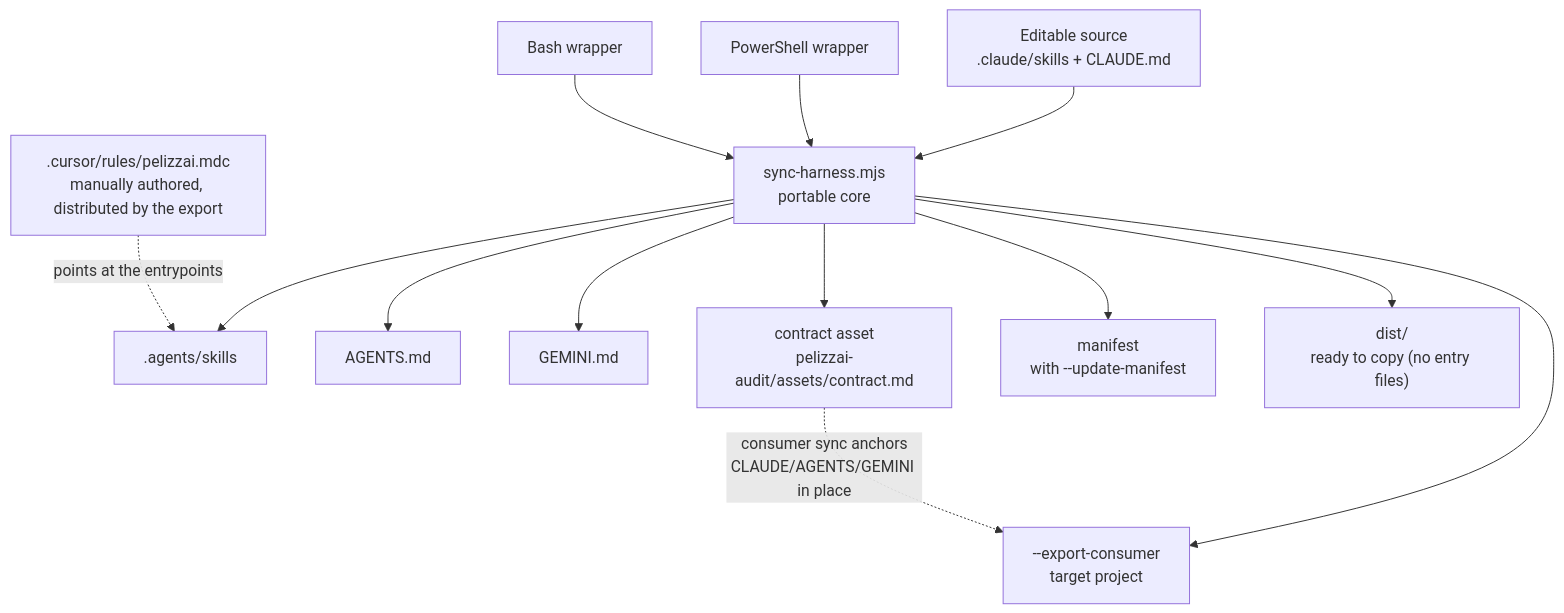
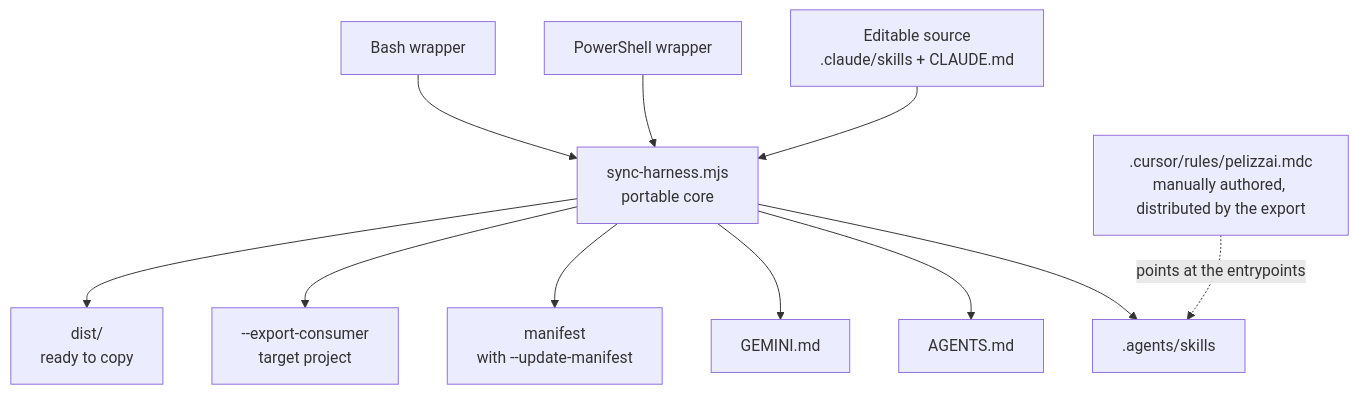
The eighth of 8 diagrams in README.md (rpelizza/PelizzAI), drawn with Mermaid before and after one commit. The commit also changed other lines of this file and 438 other files, not shown here.

````diff
--- a/README.md
+++ b/README.md
@@ -501,15 +451,13 @@
 ```mermaid
 flowchart TD
     SRC["Editable source<br/>.claude/skills + CLAUDE.md"] --> SYNC["sync-harness.mjs<br/>portable core"]
     PS["PowerShell wrapper"] --> SYNC
     SH["Bash wrapper"] --> SYNC
     SYNC --> AS[".agents/skills"]
     SYNC --> AG["AGENTS.md"]
     SYNC --> GE["GEMINI.md"]
-    SYNC --> CTR["contract asset<br/>pelizzai-audit/assets/contract.md"]
     SYNC --> MF["manifest<br/>with --update-manifest"]
     SYNC --> EXP["--export-consumer<br/>target project"]
-    SYNC --> DIST["dist/<br/>ready to copy (no entry files)"]
-    CTR -.->|consumer sync anchors<br/>CLAUDE/AGENTS/GEMINI in place| EXP
+    SYNC --> DIST["dist/<br/>ready to copy"]
     CUR[".cursor/rules/pelizzai.mdc<br/>manually authored, distributed by the export"] -.->|points at the entrypoints| AS
 ```
````
